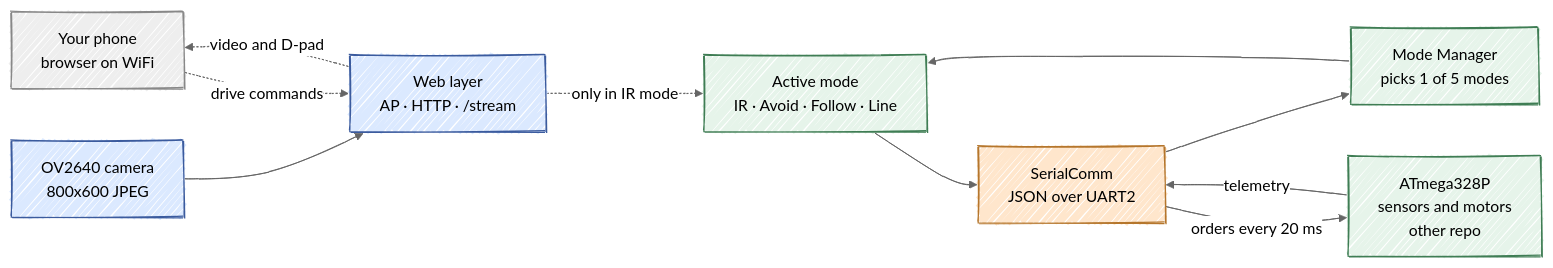
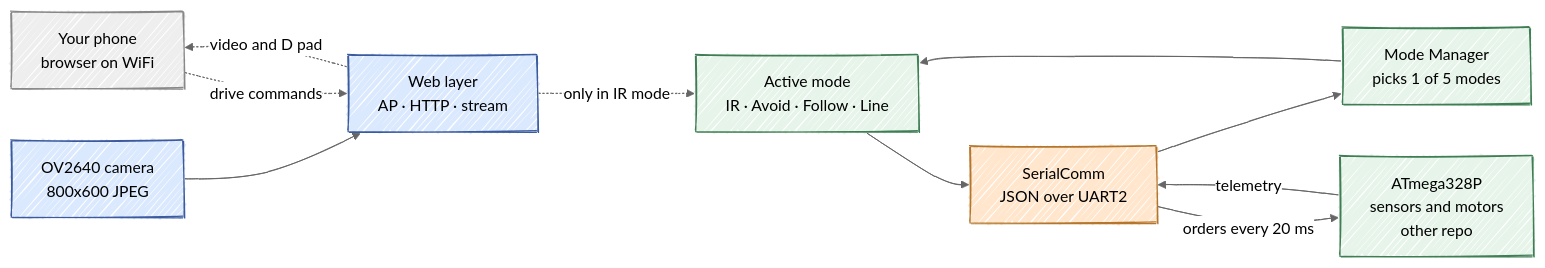
The diagram in README.md (Adc-alt/elegoo-smartcar-firmware-esp32-s3), drawn with Mermaid before and after one commit.

Commit message:
docs: drop slash and hyphen from mermaid labels (GitHub parser trips on them)

````diff
--- a/README.md
+++ b/README.md
@@ -129,33 +129,33 @@
 ```mermaid
 ---
 config:
   look: handDrawn
   theme: neutral
 ---
 flowchart LR
     PHONE["Your phone<br/>browser on WiFi"]
     CAM["OV2640 camera<br/>800x600 JPEG"]
-    WEB["Web layer<br/>AP · HTTP · /stream"]
+    WEB["Web layer<br/>AP · HTTP · stream"]
     BRAIN["Mode Manager<br/>picks 1 of 5 modes"]
     MODES["Active mode<br/>IR · Avoid · Follow · Line"]
     SER["SerialComm<br/>JSON over UART2"]
     ATM["ATmega328P<br/>sensors and motors<br/>other repo"]
 
     CAM --> WEB
     PHONE -.->|"drive commands"| WEB
-    WEB -.->|"video and D-pad"| PHONE
+    WEB -.->|"video and D pad"| PHONE
     ATM -->|"telemetry"| SER
     SER --> BRAIN
     BRAIN --> MODES
     MODES --> SER
     SER -->|"orders every 20 ms"| ATM
     WEB -.->|"only in IR mode"| MODES
 
     style PHONE fill:#eeeeee,stroke:#888888
     style CAM fill:#dbe9ff,stroke:#3b5b9e
     style WEB fill:#dbe9ff,stroke:#3b5b9e
     style BRAIN fill:#e6f4ea,stroke:#3f7d54
     style MODES fill:#e6f4ea,stroke:#3f7d54
     style SER fill:#ffe6cc,stroke:#b5762c
     style ATM fill:#e6f4ea,stroke:#3f7d54
 ```
````
